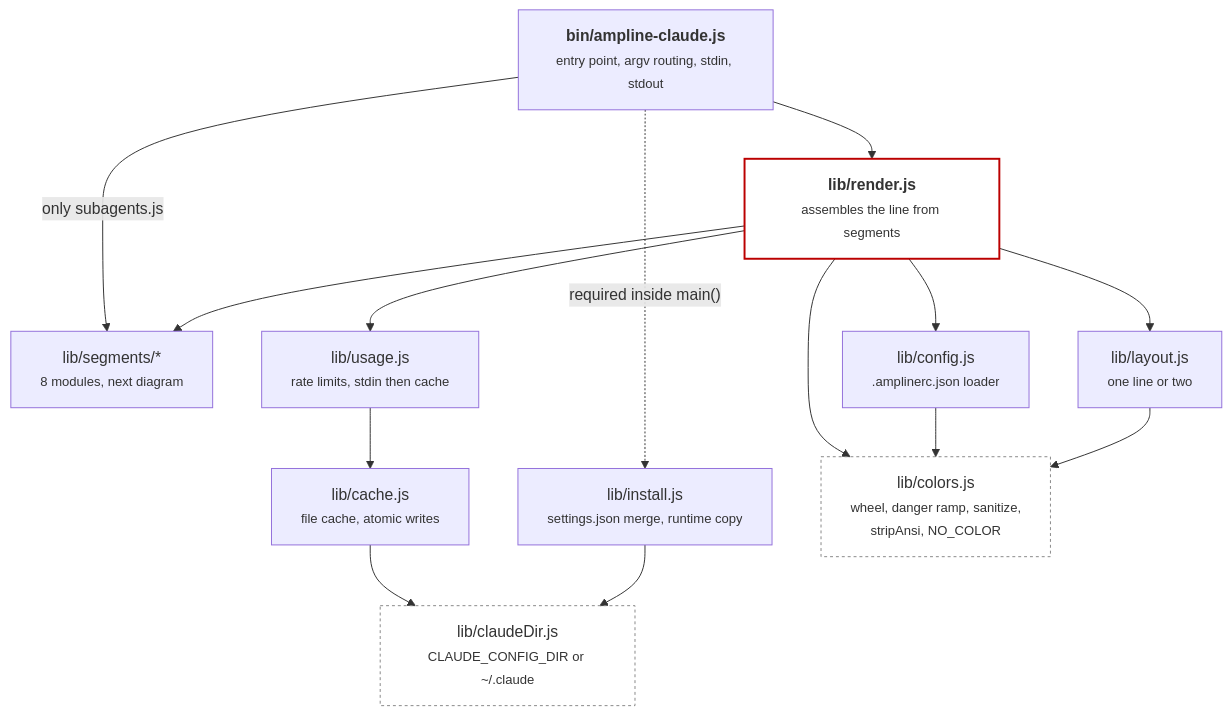
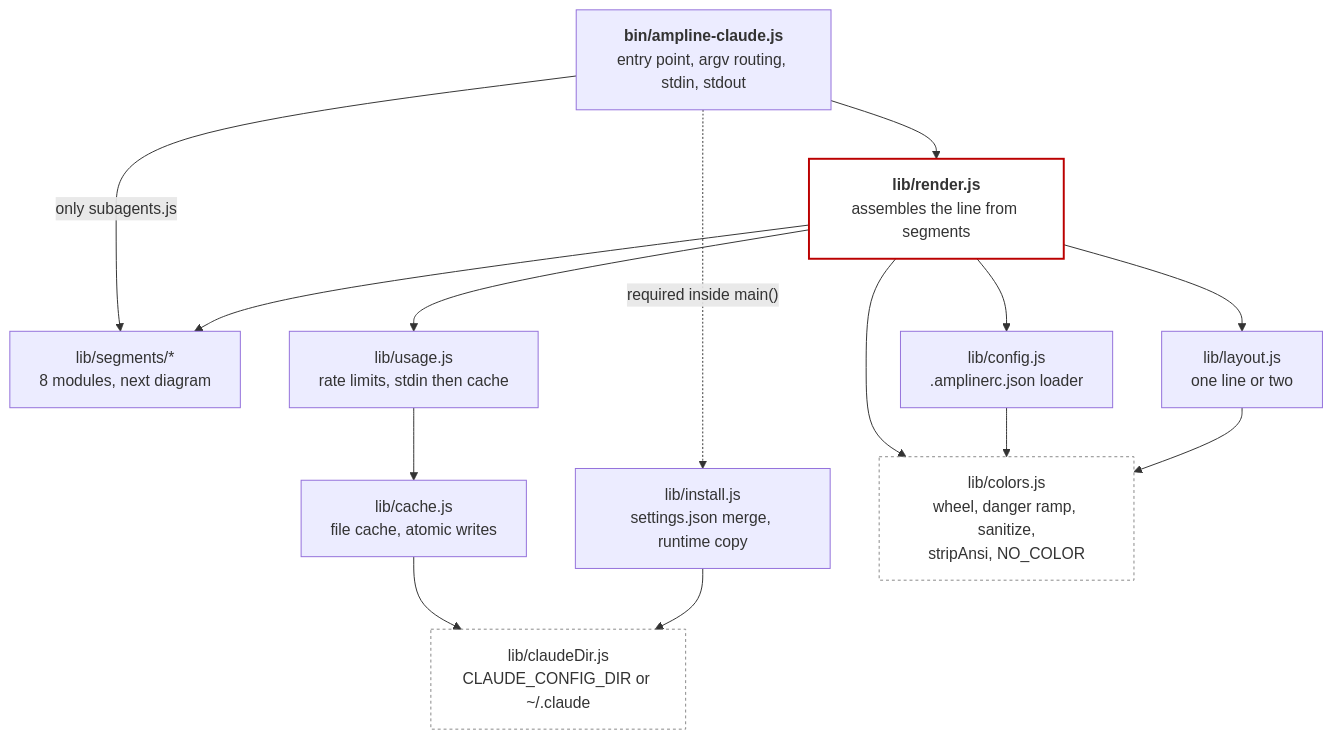
One commit to carterptull/ampline-claude changed the first of 2 diagrams in diagrams/c4-container.md. Above: the diagram before and after it, drawn with Mermaid. The commit also changed other lines of this file and 6 other files, not shown here.

Commit message:
docs: remove small tags from all diagrams and note why in the syntax rules

````diff
--- a/diagrams/c4-container.md
+++ b/diagrams/c4-container.md
@@ -14,31 +14,31 @@
 ```mermaid
 flowchart TB
-    bin["<b>bin/ampline-claude.js</b><br/><small>entry point, argv routing, stdin, stdout</small>"]
-    install["lib/install.js<br/><small>settings.json merge, runtime copy</small>"]
-    render["<b>lib/render.js</b><br/><small>assembles the line from segments</small>"]
-    segs["lib/segments/*<br/><small>8 modules, next diagram</small>"]
-    config["lib/config.js<br/><small>.amplinerc.json loader</small>"]
-    layout["lib/layout.js<br/><small>one line or two</small>"]
-    usage["lib/usage.js<br/><small>rate limits, stdin then cache</small>"]
-    cache["lib/cache.js<br/><small>file cache, atomic writes</small>"]
-    claudedir["lib/claudeDir.js<br/><small>CLAUDE_CONFIG_DIR or ~/.claude</small>"]
-    colors["lib/colors.js<br/><small>wheel, danger ramp, sanitize,<br/>stripAnsi, NO_COLOR</small>"]
+    bin["<b>bin/ampline-claude.js</b><br/>entry point, argv routing, stdin, stdout"]
+    install["lib/install.js<br/>settings.json merge, runtime copy"]
+    render["<b>lib/render.js</b><br/>assembles the line from segments"]
+    segs["lib/segments/*<br/>8 modules, next diagram"]
+    config["lib/config.js<br/>.amplinerc.json loader"]
+    layout["lib/layout.js<br/>one line or two"]
+    usage["lib/usage.js<br/>rate limits, stdin then cache"]
+    cache["lib/cache.js<br/>file cache, atomic writes"]
+    claudedir["lib/claudeDir.js<br/>CLAUDE_CONFIG_DIR or ~/.claude"]
+    colors["lib/colors.js<br/>wheel, danger ramp, sanitize,<br/>stripAnsi, NO_COLOR"]
 
     bin --> render
     bin -.->|"required inside main()"| install
     bin -->|"only subagents.js"| segs
     render --> config
     render --> layout
     render --> usage
     render --> segs
     render --> colors
     config --> colors
     layout --> colors
     usage --> cache
     cache --> claudedir
     install --> claudedir
 
     style render fill:transparent,stroke:#BB0000,stroke-width:2px
     style colors fill:transparent,stroke:#888,stroke-width:1px,stroke-dasharray: 3 3
     style claudedir fill:transparent,stroke:#888,stroke-width:1px,stroke-dasharray: 3 3
 ```
````
